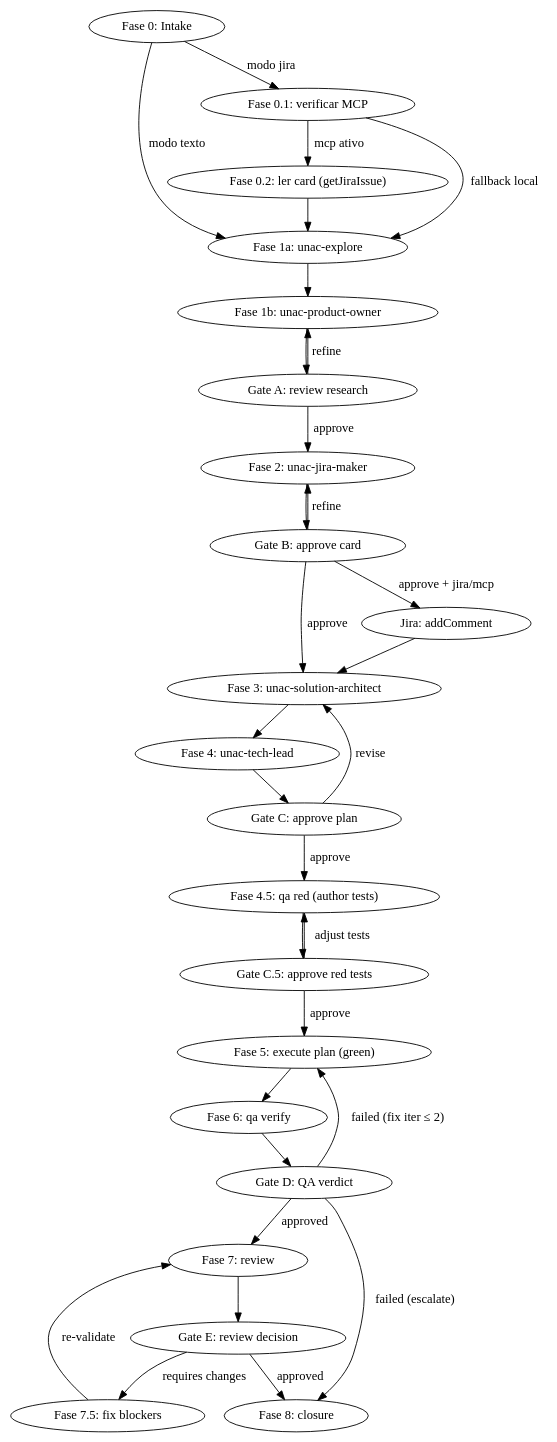
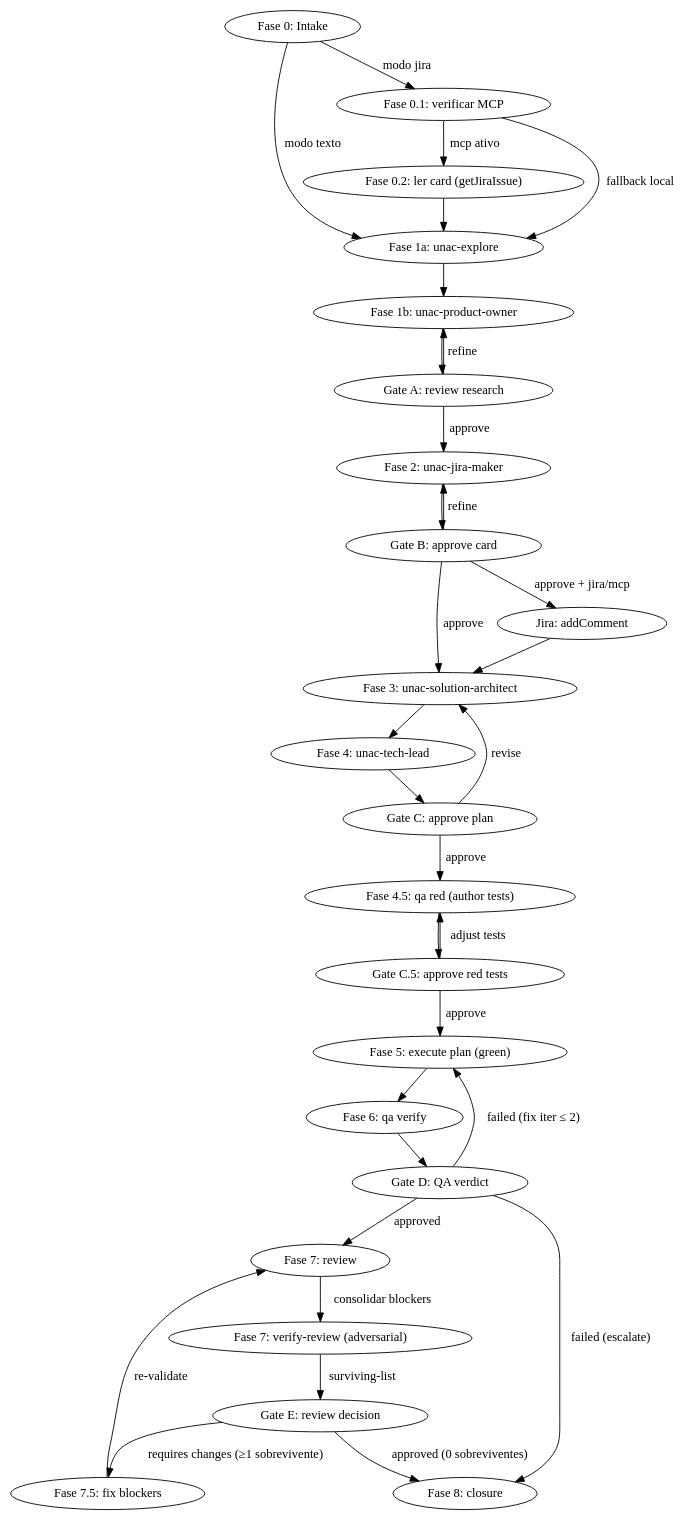
One commit to uesleinasch/unac-agents changed the diagram in skills-claude/unac-pipeline/SKILL.md. Above: the diagram before and after it, drawn with Graphviz. The commit also changed other lines of this file and 1 other file, not shown here.

Commit message:
fix(pipeline): clarify surviving-list handoff and update flow diagram

````diff
--- a/skills-claude/unac-pipeline/SKILL.md
+++ b/skills-claude/unac-pipeline/SKILL.md
@@ -36,34 +36,35 @@
 ```dot
 digraph unac_pipeline {
     "Fase 0: Intake" -> "Fase 1a: unac-explore" [label="modo texto"];
     "Fase 0: Intake" -> "Fase 0.1: verificar MCP" [label="modo jira"];
     "Fase 0.1: verificar MCP" -> "Fase 0.2: ler card (getJiraIssue)" [label="mcp ativo"];
     "Fase 0.1: verificar MCP" -> "Fase 1a: unac-explore" [label="fallback local"];
     "Fase 0.2: ler card (getJiraIssue)" -> "Fase 1a: unac-explore";
     "Fase 1a: unac-explore" -> "Fase 1b: unac-product-owner";
     "Fase 1b: unac-product-owner" -> "Gate A: review research";
     "Gate A: review research" -> "Fase 2: unac-jira-maker" [label="approve"];
     "Gate A: review research" -> "Fase 1b: unac-product-owner" [label="refine"];
     "Fase 2: unac-jira-maker" -> "Gate B: approve card";
     "Gate B: approve card" -> "Fase 3: unac-solution-architect" [label="approve"];
     "Gate B: approve card" -> "Jira: addComment" [label="approve + jira/mcp"];
     "Jira: addComment" -> "Fase 3: unac-solution-architect";
     "Gate B: approve card" -> "Fase 2: unac-jira-maker" [label="refine"];
     "Fase 3: unac-solution-architect" -> "Fase 4: unac-tech-lead";
     "Fase 4: unac-tech-lead" -> "Gate C: approve plan";
     "Gate C: approve plan" -> "Fase 4.5: qa red (author tests)" [label="approve"];
     "Gate C: approve plan" -> "Fase 3: unac-solution-architect" [label="revise"];
     "Fase 4.5: qa red (author tests)" -> "Gate C.5: approve red tests";
     "Gate C.5: approve red tests" -> "Fase 5: execute plan (green)" [label="approve"];
     "Gate C.5: approve red tests" -> "Fase 4.5: qa red (author tests)" [label="adjust tests"];
     "Fase 5: execute plan (green)" -> "Fase 6: qa verify";
     "Fase 6: qa verify" -> "Gate D: QA verdict";
     "Gate D: QA verdict" -> "Fase 7: review" [label="approved"];
     "Gate D: QA verdict" -> "Fase 5: execute plan (green)" [label="failed (fix iter ≤ 2)"];
     "Gate D: QA verdict" -> "Fase 8: closure" [label="failed (escalate)"];
-    "Fase 7: review" -> "Gate E: review decision";
-    "Gate E: review decision" -> "Fase 8: closure" [label="approved"];
-    "Gate E: review decision" -> "Fase 7.5: fix blockers" [label="requires changes"];
+    "Fase 7: review" -> "Fase 7: verify-review (adversarial)" [label="consolidar blockers"];
+    "Fase 7: verify-review (adversarial)" -> "Gate E: review decision" [label="surviving-list"];
+    "Gate E: review decision" -> "Fase 8: closure" [label="approved (0 sobreviventes)"];
+    "Gate E: review decision" -> "Fase 7.5: fix blockers" [label="requires changes (≥1 sobrevivente)"];
     "Fase 7.5: fix blockers" -> "Fase 7: review" [label="re-validate"];
 }
 ```
````
